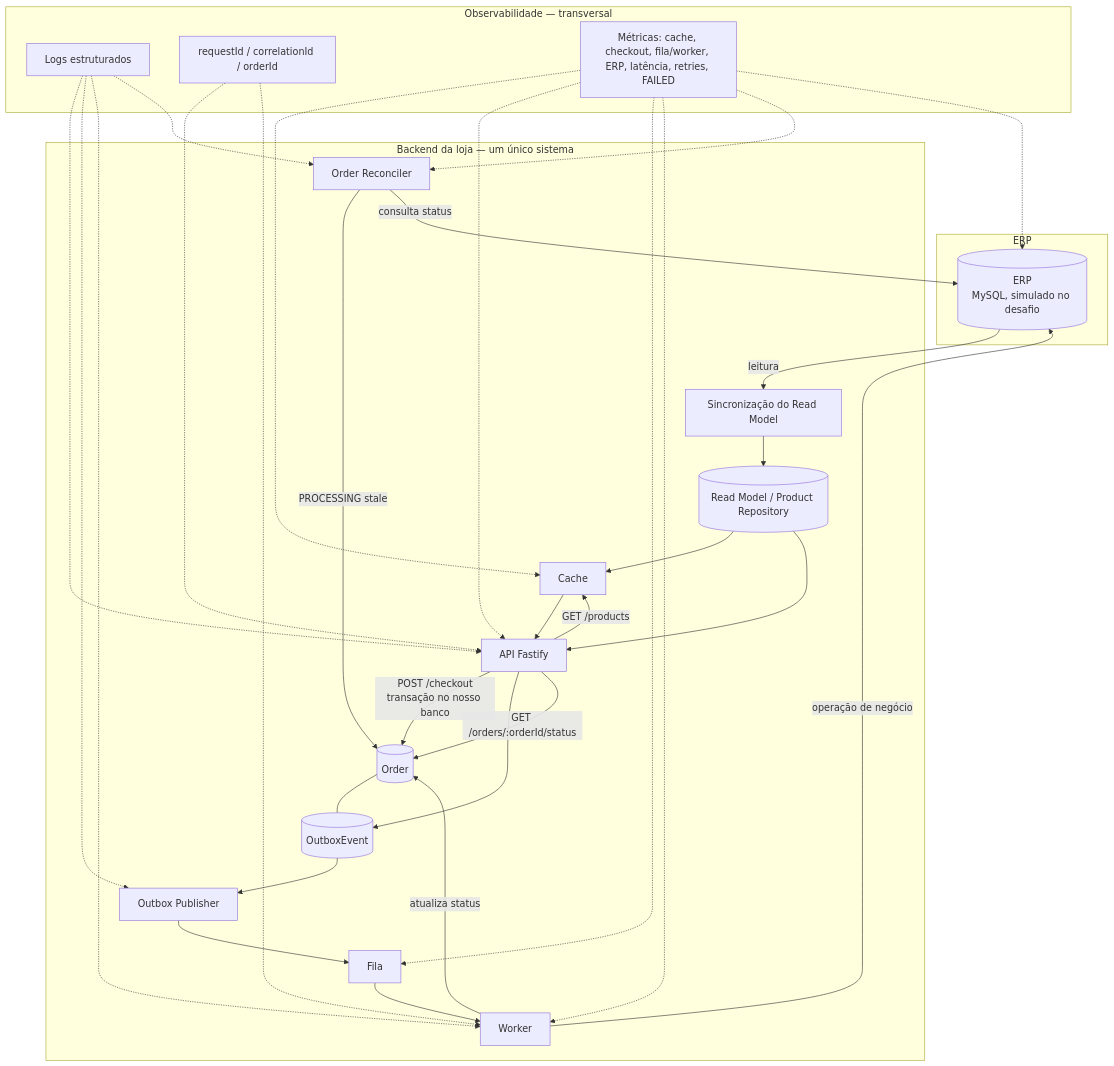
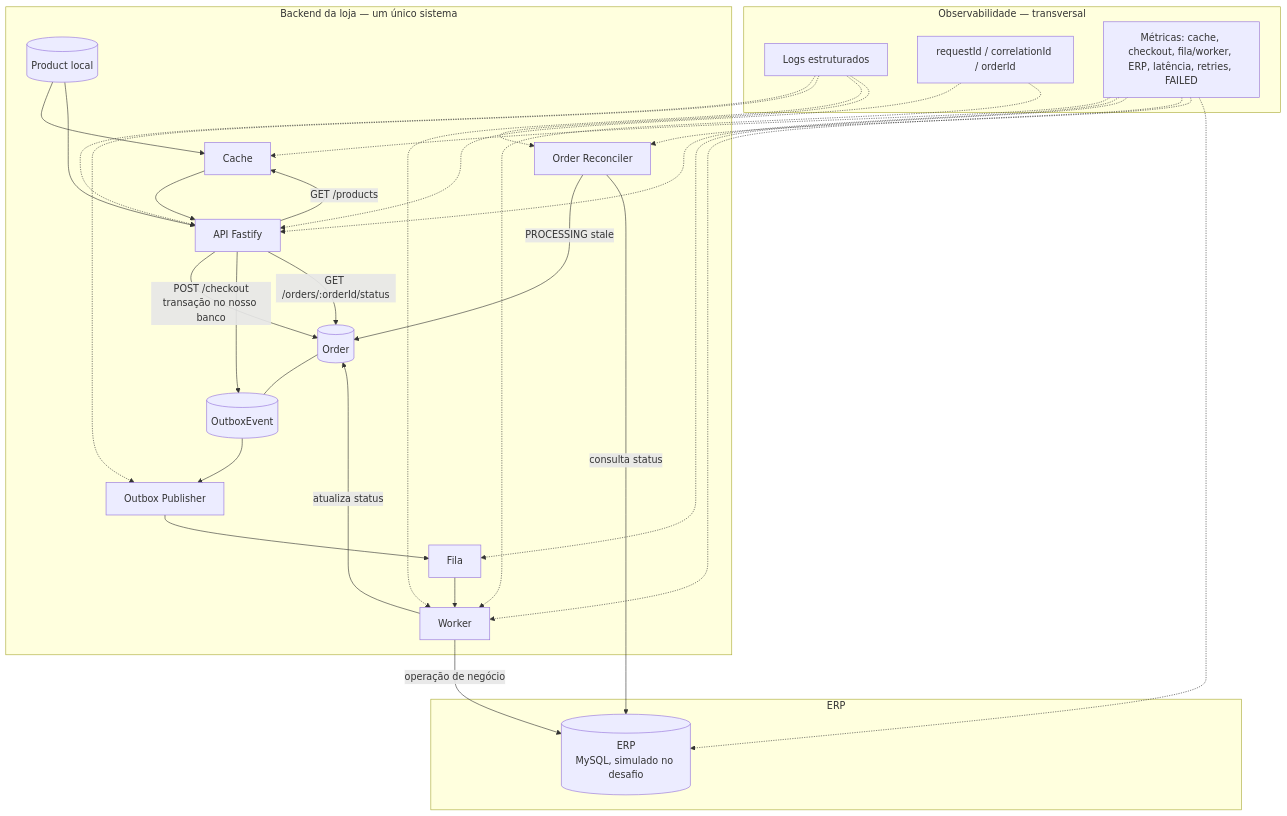
The first of 3 diagrams in docs/ARCHITECTURE.md (iagoluancj/casecellshop-backend-challenge), drawn with Mermaid before and after one commit. The commit also changed other lines of this file and 8 other files, not shown here.

Commit message:
fix: corrige idempotência concorrente no checkout e endurece o worker. Grava Order e Outbox antes de decrementar estoque para a mesma Idempotency-Key não retornar 409 com estoque justo; COMPLETED não sobrescreve FAILED e a doc deixa de afirmar sync com o ERP.

````diff
--- a/docs/ARCHITECTURE.md
+++ b/docs/ARCHITECTURE.md
@@ -11,59 +11,56 @@
 ```mermaid
 flowchart TB
   subgraph erpBox["ERP"]
     ERP[(ERP<br/>MySQL, simulado no desafio)]
   end
 
   subgraph loja["Backend da loja — um único sistema"]
-    Sync[Sincronização do Read Model]
-    RM[(Read Model / Product Repository)]
+    RM[(Product local)]
     Cache[Cache]
     API[API Fastify]
 
     Order[(Order)]
     Outbox[(OutboxEvent)]
     Publisher[Outbox Publisher]
     Queue[Fila]
     Worker[Worker]
     Reconciler[Order Reconciler]
   end
 
   subgraph obs["Observabilidade — transversal"]
     Logs[Logs estruturados]
     Ids[requestId / correlationId / orderId]
     Metrics[Métricas: cache, checkout, fila/worker, ERP, latência, retries, FAILED]
   end
 
-  ERP -->|leitura| Sync
-  Sync --> RM
   RM --> Cache
   Cache --> API
   RM --> API
 
   API -->|GET /products| Cache
   API -->|POST /checkout<br/>transação no nosso banco| Order
   API --> Outbox
   Order --- Outbox
 
   Outbox --> Publisher
   Publisher --> Queue
   Queue --> Worker
   Worker -->|operação de negócio| ERP
   Worker -->|atualiza status| Order
   Reconciler -->|PROCESSING stale| Order
   Reconciler -->|consulta status| ERP
   API -->|GET /orders/:orderId/status| Order
 
   Logs -.-> API
   Logs -.-> Publisher
   Logs -.-> Worker
   Logs -.-> Reconciler
   Ids -.-> API
   Ids -.-> Worker
   Metrics -.-> Cache
   Metrics -.-> API
   Metrics -.-> Queue
   Metrics -.-> Worker
   Metrics -.-> Reconciler
   Metrics -.-> ERP
 ```
````
